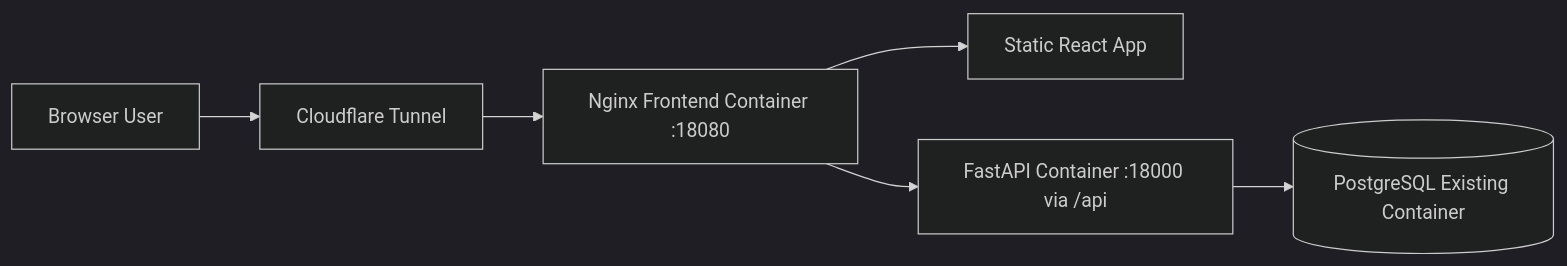
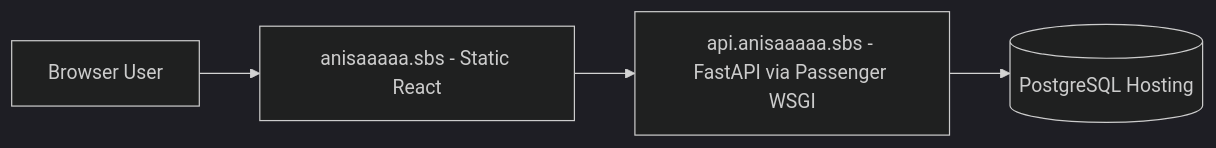
The eighth of 9 diagrams in frontend/public/docs/diagram_skripsi.md (aldamadz/algoritma-apriori), drawn with Mermaid (dark theme) before and after one commit. The commit also changed other lines of this file and 55 other files, not shown here.

````diff
--- a/frontend/public/docs/diagram_skripsi.md
+++ b/frontend/public/docs/diagram_skripsi.md
@@ -182,8 +182,6 @@
 ```mermaid
 flowchart LR
-  U[Browser User] --> CF[Cloudflare Tunnel]
-  CF --> NGINX[Nginx Frontend Container :18080]
-  NGINX --> FE[Static React App]
-  NGINX --> API[FastAPI Container :18000 via /api]
-  API --> DB[(PostgreSQL Existing Container)]
+  U[Browser User] --> FE[anisaaaaa.sbs - Static React]
+  FE --> API[api.anisaaaaa.sbs - FastAPI via Passenger WSGI]
+  API --> DB[(PostgreSQL Hosting)]
 ```
````
